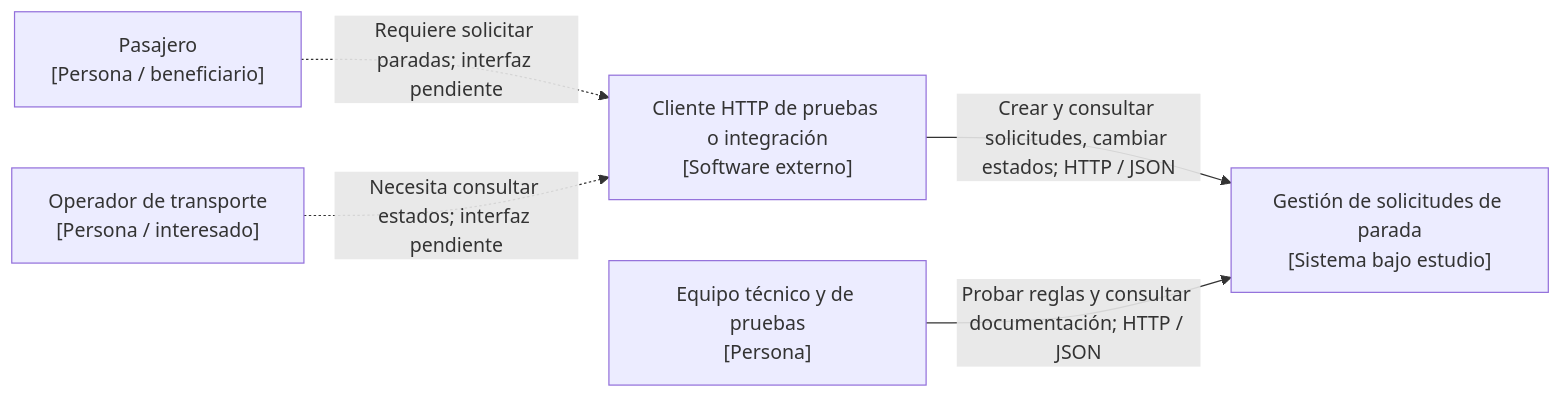
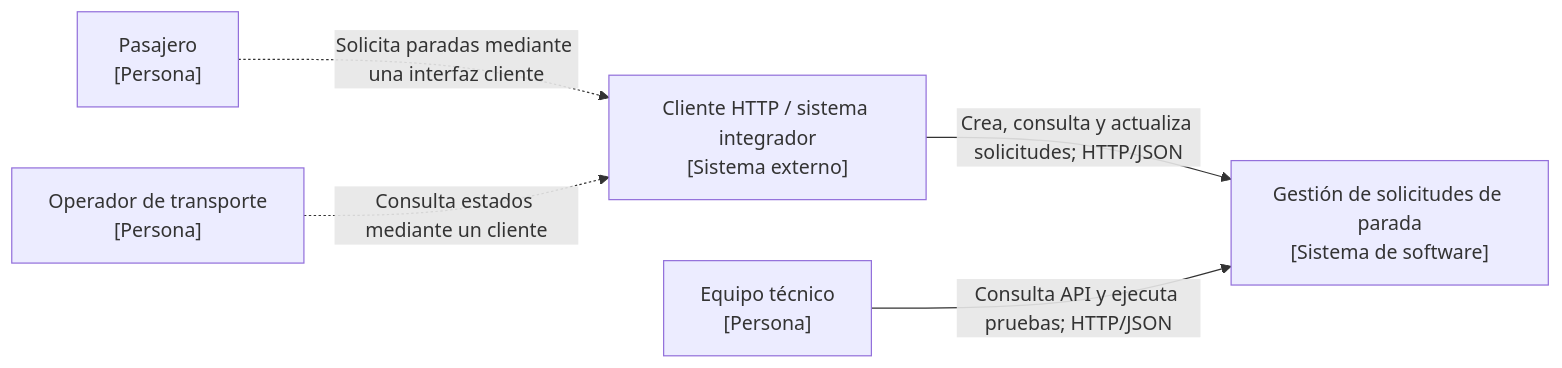
The diagram in docs/02-vistas-c4/c4-nivel1.md (KleverLema/Paradas-inteligentes-M8), drawn with Mermaid before and after one commit. The commit also changed other lines of this file and 10 other files, not shown here.

````diff
--- a/docs/02-vistas-c4/c4-nivel1.md
+++ b/docs/02-vistas-c4/c4-nivel1.md
@@ -19,13 +5,13 @@
 ```mermaid
 flowchart LR
-    pasajero["Pasajero<br/>[Persona / beneficiario]"]
-    operador["Operador de transporte<br/>[Persona / interesado]"]
-    cliente["Cliente HTTP de pruebas o integración<br/>[Software externo]"]
-    equipo["Equipo técnico y de pruebas<br/>[Persona]"]
-    sistema["Gestión de solicitudes de parada<br/>[Sistema bajo estudio]"]
+  pasajero["Pasajero<br/>[Persona]"]
+  operador["Operador de transporte<br/>[Persona]"]
+  cliente["Cliente HTTP / sistema integrador<br/>[Sistema externo]"]
+  sistema["Gestión de solicitudes de parada<br/>[Sistema de software]"]
+  desarrollo["Equipo técnico<br/>[Persona]"]
 
-    pasajero -.->|"Requiere solicitar paradas; interfaz pendiente"| cliente
-    operador -.->|"Necesita consultar estados; interfaz pendiente"| cliente
-    cliente -->|"Crear y consultar solicitudes, cambiar estados; HTTP / JSON"| sistema
-    equipo -->|"Probar reglas y consultar documentación; HTTP / JSON"| sistema
+  pasajero -.->|"Solicita paradas mediante una interfaz cliente"| cliente
+  operador -.->|"Consulta estados mediante un cliente"| cliente
+  cliente -->|"Crea, consulta y actualiza solicitudes; HTTP/JSON"| sistema
+  desarrollo -->|"Consulta API y ejecuta pruebas; HTTP/JSON"| sistema
 ```
````
